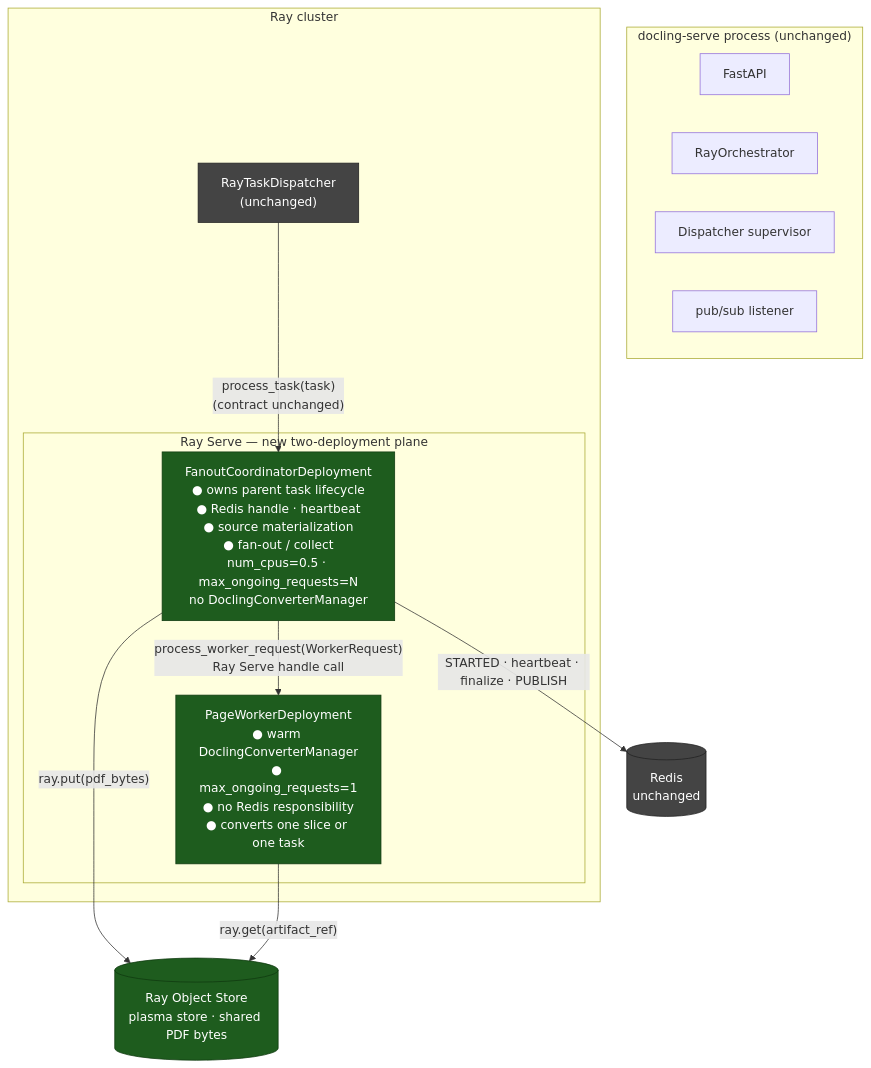
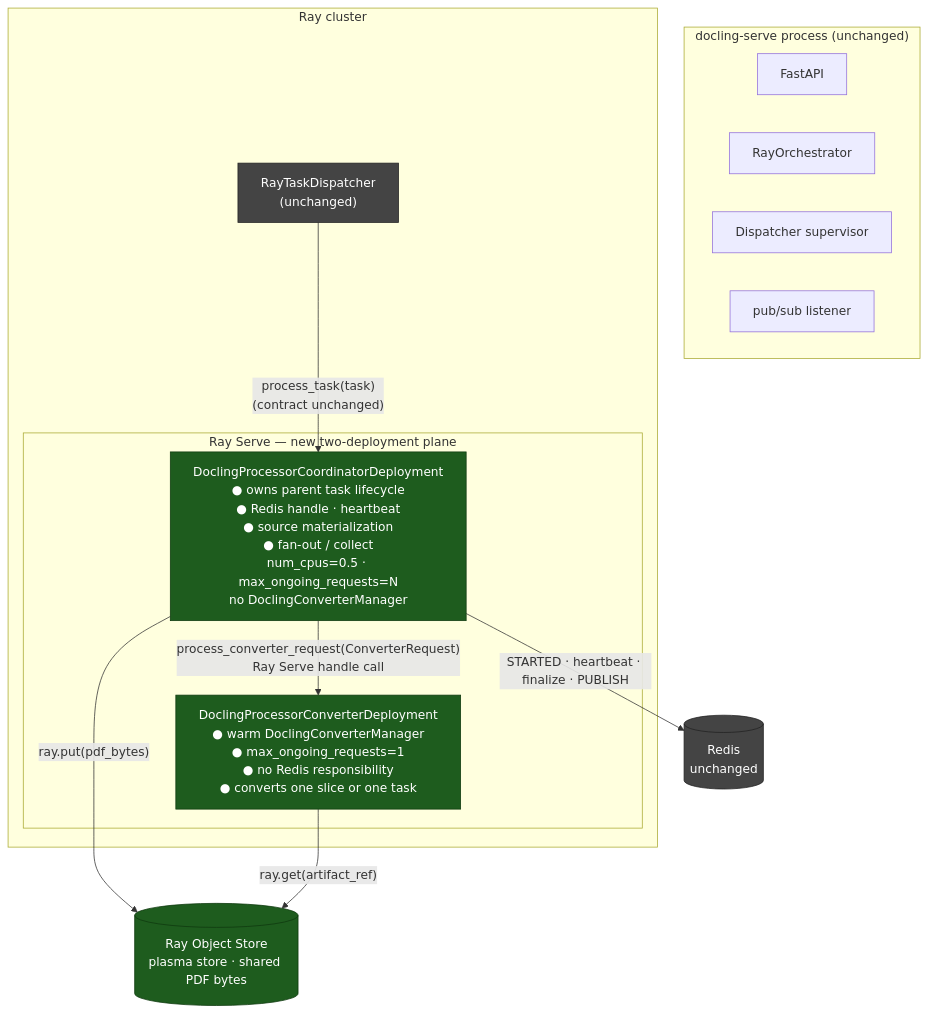
Before and after one commit to docling-project/docling-serve: the first of 11 diagrams in docs/ray-orchestrator-architecture-page-slicing-delta.md, drawn with Mermaid. The commit also changed other lines of this file, not shown here.

Commit message:
unify naming of ray actor/deployment classes and config

````diff
--- a/docs/ray-orchestrator-architecture-page-slicing-delta.md
+++ b/docs/ray-orchestrator-architecture-page-slicing-delta.md
@@ -22,31 +22,31 @@
 ```mermaid
 flowchart TB
     classDef new     fill:#1e5c1e,color:#fff,stroke:#0f3a0f
     classDef changed fill:#7a5500,color:#fff,stroke:#5a3d00
     classDef existed fill:#444,color:#fff,stroke:#222
 
     subgraph SERVE["docling-serve process  (unchanged)"]
         API["FastAPI"]
         ORCH["RayOrchestrator"]
         SUP["Dispatcher supervisor"]
         SUB["pub/sub listener"]
     end
 
     subgraph RAY["Ray cluster"]
         DISP["RayTaskDispatcher\n(unchanged)"]:::existed
 
         subgraph RS_NEW["Ray Serve — new two-deployment plane"]
-            COORD["FanoutCoordinatorDeployment\n● owns parent task lifecycle\n● Redis handle · heartbeat\n● source materialization\n● fan-out / collect\nnum_cpus=0.5 · max_ongoing_requests=N\nno DoclingConverterManager"]:::new
-            WORK["PageWorkerDeployment\n● warm DoclingConverterManager\n● max_ongoing_requests=1\n● no Redis responsibility\n● converts one slice or one task"]:::new
-            COORD -- "process_worker_request(WorkerRequest)\nRay Serve handle call" --> WORK
+            COORD["DoclingProcessorCoordinatorDeployment\n● owns parent task lifecycle\n● Redis handle · heartbeat\n● source materialization\n● fan-out / collect\nnum_cpus=0.5 · max_ongoing_requests=N\nno DoclingConverterManager"]:::new
+            WORK["DoclingProcessorConverterDeployment\n● warm DoclingConverterManager\n● max_ongoing_requests=1\n● no Redis responsibility\n● converts one slice or one task"]:::new
+            COORD -- "process_converter_request(ConverterRequest)\nRay Serve handle call" --> WORK
         end
     end
 
     PLASMA[("Ray Object Store\nplasma store · shared PDF bytes")]:::new
     REDIS[("Redis\nunchanged")]:::existed
 
     DISP -- "process_task(task)\n(contract unchanged)" --> COORD
     COORD -- "ray.put(pdf_bytes)" --> PLASMA
     WORK -- "ray.get(artifact_ref)" --> PLASMA
     COORD -- "STARTED · heartbeat · finalize · PUBLISH" --> REDIS
 ```
````
